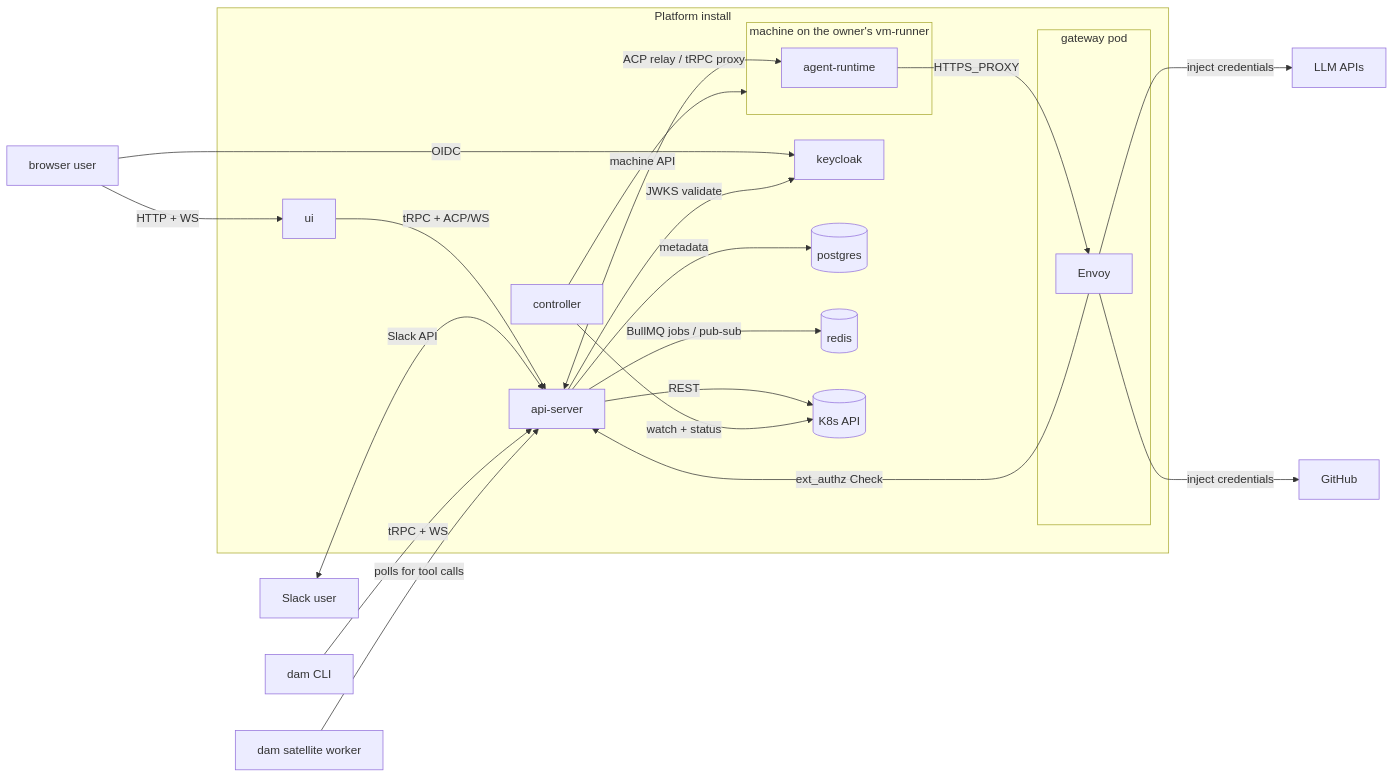
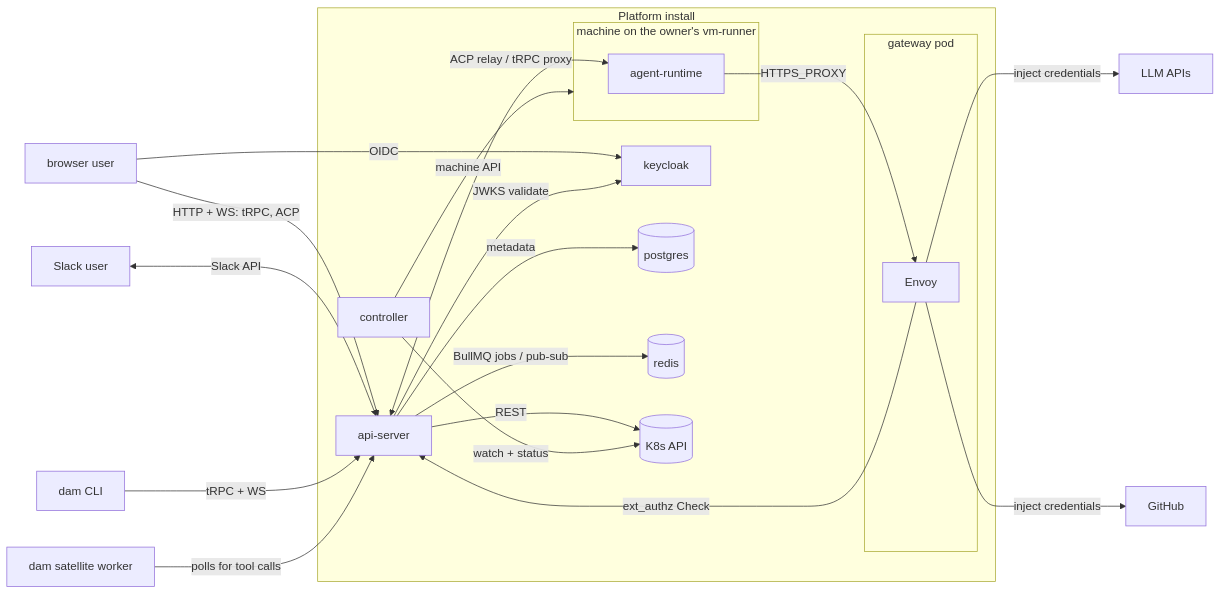
Before and after one commit to dam-agents/dam: the diagram in docs/architecture.md, drawn with Mermaid. The commit also changed other lines of this file and 33 other files, not shown here.

First line of the commit message:
refactor(ui): the api-server serves the UI, and nginx is gone

````diff
--- a/docs/architecture.md
+++ b/docs/architecture.md
@@ -7,48 +7,46 @@
 ```mermaid
 flowchart LR
   user[browser user]
   slack-user[Slack user]
   cli[dam CLI]
   satellite[dam satellite worker]
   llm[LLM APIs]
   github[GitHub]
 
   subgraph cluster[Platform install]
-    ui[ui]
     api-server[api-server]
     controller[controller]
     keycloak[keycloak]
     postgres[(postgres)]
     redis[(redis)]
     k8s-api[(K8s API)]
     subgraph machine[machine on the owner's vm-runner]
       agent-runtime
     end
     subgraph gatewaypod[gateway pod]
       envoy[Envoy]
     end
   end
 
-  user -->|HTTP + WS| ui
-  ui -->|tRPC + ACP/WS| api-server
+  user -->|HTTP + WS: tRPC, ACP| api-server
   user -->|OIDC| keycloak
 
   slack-user <-->|Slack API| api-server
 
   cli -->|tRPC + WS| api-server
   satellite -->|polls for tool calls| api-server
 
   api-server <-->|ACP relay / tRPC proxy| agent-runtime
   api-server -->|REST| k8s-api
   api-server -->|JWKS validate| keycloak
   api-server -->|metadata| postgres
   api-server -->|BullMQ jobs / pub-sub| redis
 
   controller -->|watch + status| k8s-api
   controller -->|machine API| machine
 
   agent-runtime -->|HTTPS_PROXY| envoy
   envoy -->|ext_authz Check| api-server
   envoy -->|inject credentials| llm
   envoy -->|inject credentials| github
 ```
````
